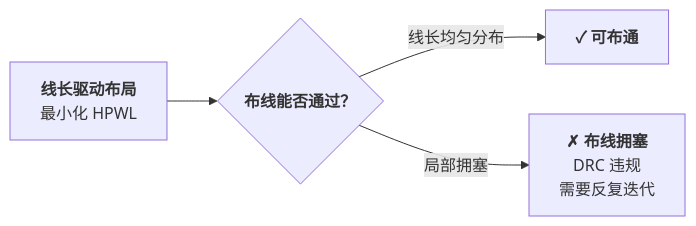
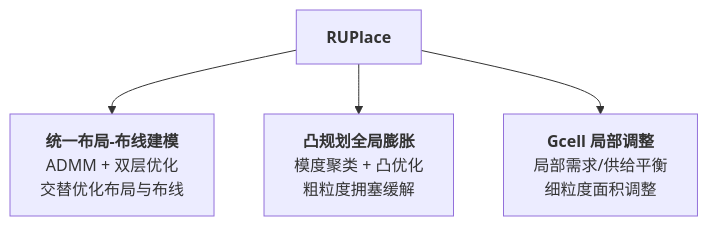
The first of 4 diagrams in paper_analysis/day08_RUPlace_Routability_Placement/day8_RUPlace_Routability_Placement.md (Xinyu-lumos/EDA-paper-analysis), drawn with Mermaid before and after one commit. The commit also changed other lines of this file and 1 other file, not shown here.

Commit message:
docs: rewrite Day 8 RUPlace analysis with full paper coverage (ADMM+Wasserstein+bilevel)

````diff
--- a/paper_analysis/day08_RUPlace_Routability_Placement/day8_RUPlace_Routability_Placement.md
+++ b/paper_analysis/day08_RUPlace_Routability_Placement/day8_RUPlace_Routability_Placement.md
@@ -39,6 +77,6 @@
 ```mermaid
-graph LR
-    A["<b>线长驱动布局</b><br/>最小化 HPWL"] --> B{"<b>布线能否通过？</b>"}
-    B -->|"线长均匀分布"| C["<b>✓ 可布通</b>"]
-    B -->|"局部拥塞"| D["<b>✗ 布线拥塞</b><br/>DRC 违规<br/>需要反复迭代"]
+graph TD
+    A["<b>RUPlace</b>"] --> B["<b>统一布局-布线建模</b><br/>ADMM + 双层优化<br/>交替优化布局与布线"]
+    A --> C["<b>凸规划全局膨胀</b><br/>模度聚类 + 凸优化<br/>粗粒度拥塞缓解"]
+    A --> D["<b>Gcell 局部调整</b><br/>局部需求/供给平衡<br/>细粒度面积调整"]
 ```
````
